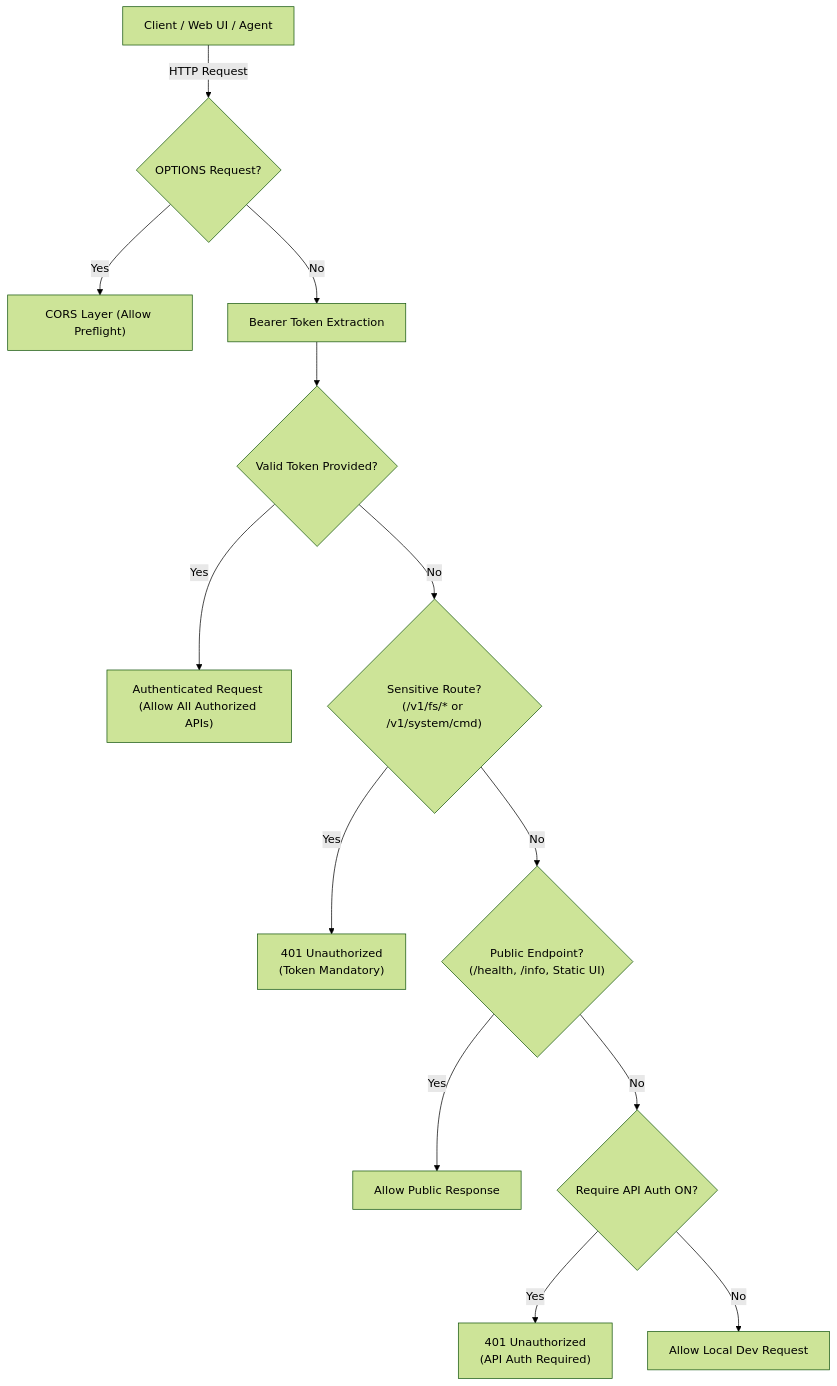
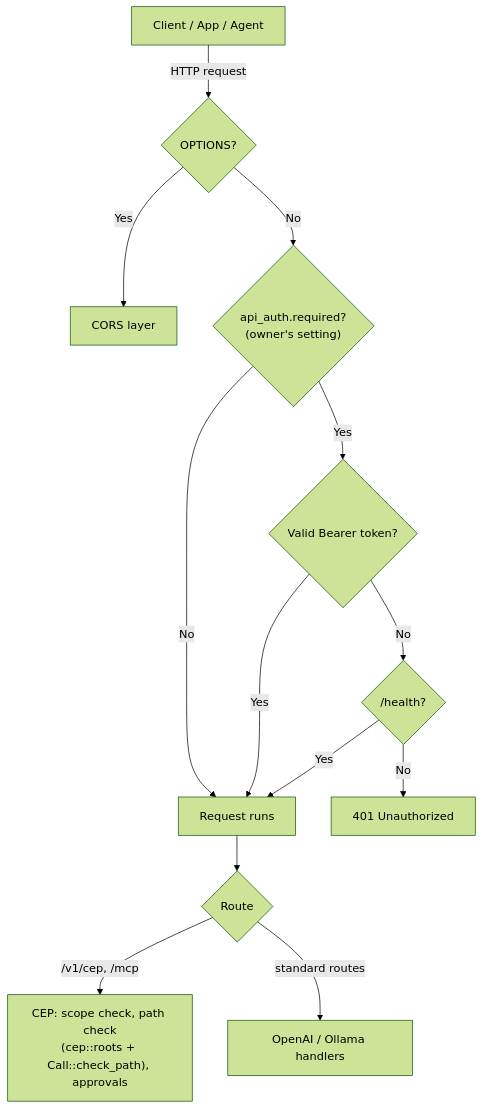
One commit to cluaiz/cluaiz changed the first of 3 diagrams in docs/architecture/security-and-auth-architecture.md. Above: the diagram before and after it, drawn with Mermaid (forest theme). The commit also changed other lines of this file and 86 other files, not shown here.

First line of the commit message:
docs(api): CEP reference generated from rpc.discover; stale REST/CEL docs removed

````diff
--- a/docs/architecture/security-and-auth-architecture.md
+++ b/docs/architecture/security-and-auth-architecture.md
@@ -17,20 +17,17 @@
 ```mermaid
 flowchart TD
-    Client["Client / Web UI / Agent"] -->|HTTP Request| Preflight{"OPTIONS Request?"}
-    Preflight -->|Yes| CORS["CORS Layer (Allow Preflight)"]
-    Preflight -->|No| AuthGate["Bearer Token Extraction"]
-
-    AuthGate --> HasToken{"Valid Token Provided?"}
-    
-    HasToken -->|Yes| Allowed["Authenticated Request (Allow All Authorized APIs)"]
-    
-    HasToken -->|No| Sensitive{"Sensitive Route?\n(/v1/fs/* or /v1/system/cmd)"}
-    Sensitive -->|Yes| Block401["401 Unauthorized\n(Token Mandatory)"]
-    
-    Sensitive -->|No| PublicRoute{"Public Endpoint?\n(/health, /info, Static UI)"}
-    PublicRoute -->|Yes| PassPublic["Allow Public Response"]
-    
-    PublicRoute -->|No| GlobalAuth{"Require API Auth ON?"}
-    GlobalAuth -->|Yes| BlockGlobal401["401 Unauthorized\n(API Auth Required)"]
-    GlobalAuth -->|No| LocalDev["Allow Local Dev Request"]
+    Client["Client / App / Agent"] -->|HTTP request| Preflight{"OPTIONS?"}
+    Preflight -->|Yes| CORS["CORS layer"]
+    Preflight -->|No| Required{"api_auth.required?
+(owner's setting)"}
+    Required -->|No| Pass["Request runs"]
+    Required -->|Yes| Valid{"Valid Bearer token?"}
+    Valid -->|Yes| Pass
+    Valid -->|No| Health{"/health?"}
+    Health -->|Yes| Pass
+    Health -->|No| Block["401 Unauthorized"]
+    Pass --> Route{"Route"}
+    Route -->|"/v1/cep, /mcp"| Cep["CEP: scope check, path check
+(cep::roots + Call::check_path), approvals"]
+    Route -->|"standard routes"| Std["OpenAI / Ollama handlers"]
 ```
````
